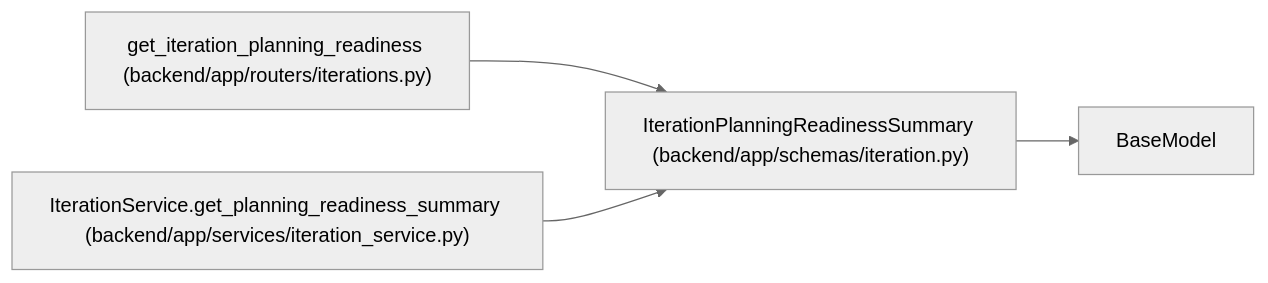
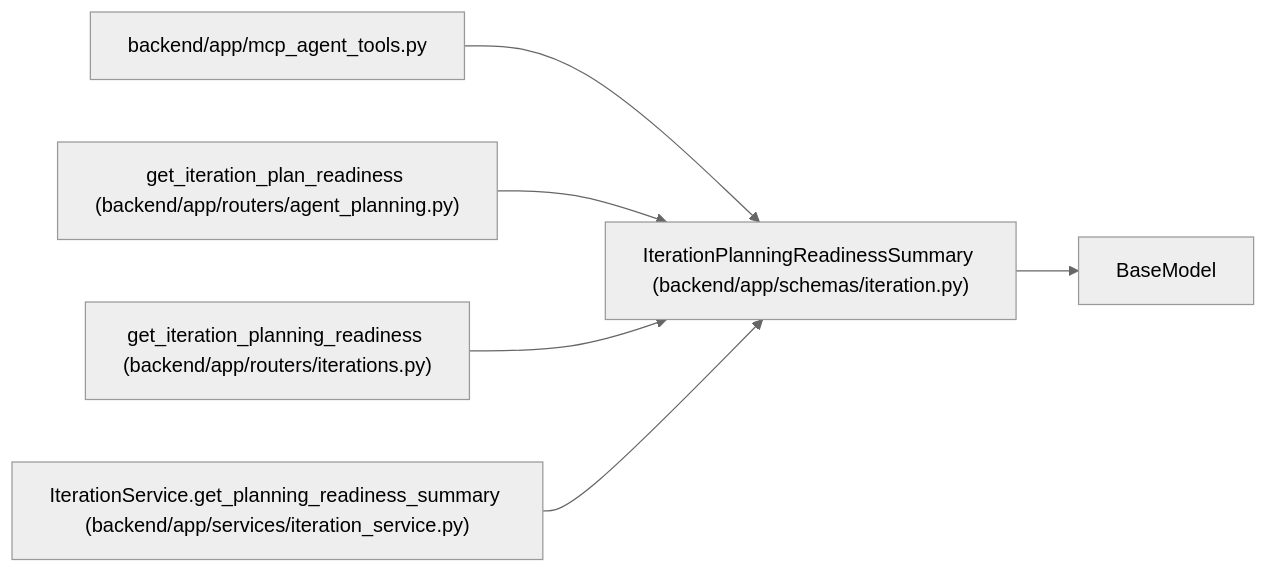
The diagram in docs/llm_wiki/entities/schemas_iteration_IterationPlanningReadinessSummary.md (Denissvgn/WorkChord), drawn with Mermaid (neutral theme) before and after one commit. The commit also changed other lines of this file and 843 other files, not shown here.

````diff
--- a/docs/llm_wiki/entities/schemas_iteration_IterationPlanningReadinessSummary.md
+++ b/docs/llm_wiki/entities/schemas_iteration_IterationPlanningReadinessSummary.md
@@ -33,13 +36,19 @@
 ```mermaid
 flowchart LR
     n0["IterationPlanningReadinessSummary (backend/app/schemas/iteration.py)"]
     n1["BaseModel"]
-    n2["get_iteration_planning_readiness (backend/app/routers/iterations.py)"]
-    n3["IterationService.get_planning_readiness_summary (backend/app/services/iteration_service.py)"]
+    n2["backend/app/mcp_agent_tools.py"]
+    n3["get_iteration_plan_readiness (backend/app/routers/agent_planning.py)"]
+    n4["get_iteration_planning_readiness (backend/app/routers/iterations.py)"]
+    n5["IterationService.get_planning_readiness_summary (backend/app/services/iteration_service.py)"]
     n0 --> n1
     n2 --> n0
     n3 --> n0
+    n4 --> n0
+    n5 --> n0
     click n0 "../modules/schemas_iteration.md"
-    click n2 "../modules/iterations.md"
-    click n3 "../modules/iteration_service.md"
+    click n2 "../modules/mcp_agent_tools.md"
+    click n3 "../modules/routers_agent_planning.md"
+    click n4 "../modules/iterations.md"
+    click n5 "../modules/iteration_service.md"
 ```
````
